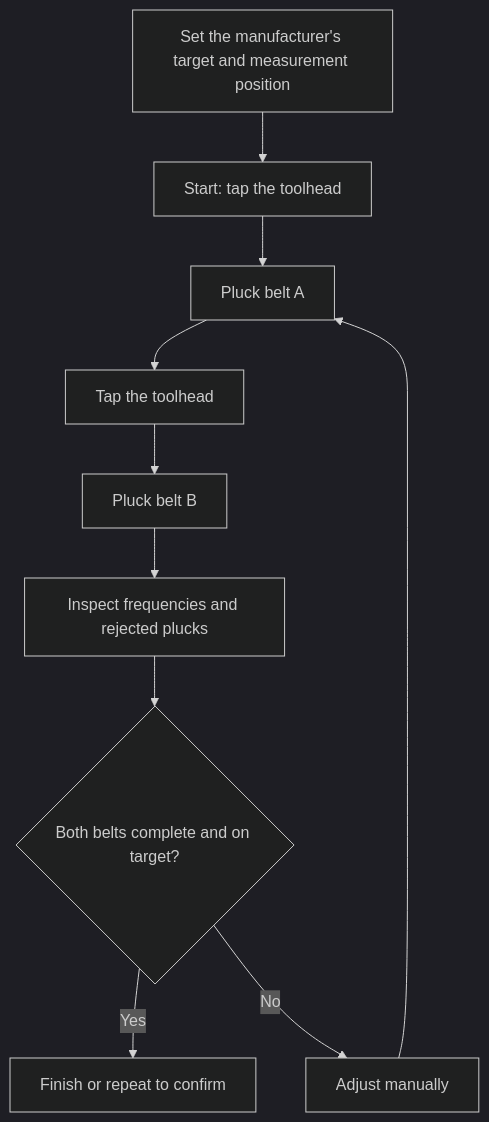
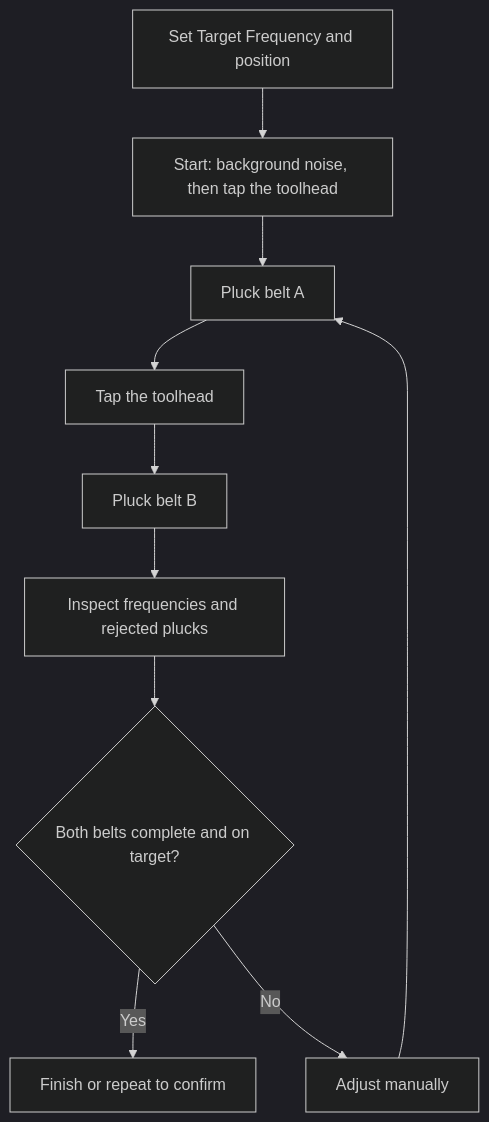
The diagram in docs/USER_GUIDE.md (HydrateFrequently/Chordata), drawn with Mermaid (dark theme) before and after one commit. The commit also changed other lines of this file and 9 other files, not shown here.

````diff
--- a/docs/USER_GUIDE.md
+++ b/docs/USER_GUIDE.md
@@ -157,12 +157,12 @@
 ```mermaid
 flowchart TD
-    setup[Set the manufacturer's target and measurement position] --> tap[Start: tap the toolhead]
+    setup[Set Target Frequency and position] --> tap[Start: background noise, then tap the toolhead]
     tap --> a[Pluck belt A]
     a --> sw[Tap the toolhead]
     sw --> b[Pluck belt B]
     b --> inspect[Inspect frequencies and rejected plucks]
     inspect --> decision{Both belts complete and on target?}
     decision -->|Yes| finish[Finish or repeat to confirm]
     decision -->|No| adjust[Adjust manually]
     adjust --> a
 ```
````
